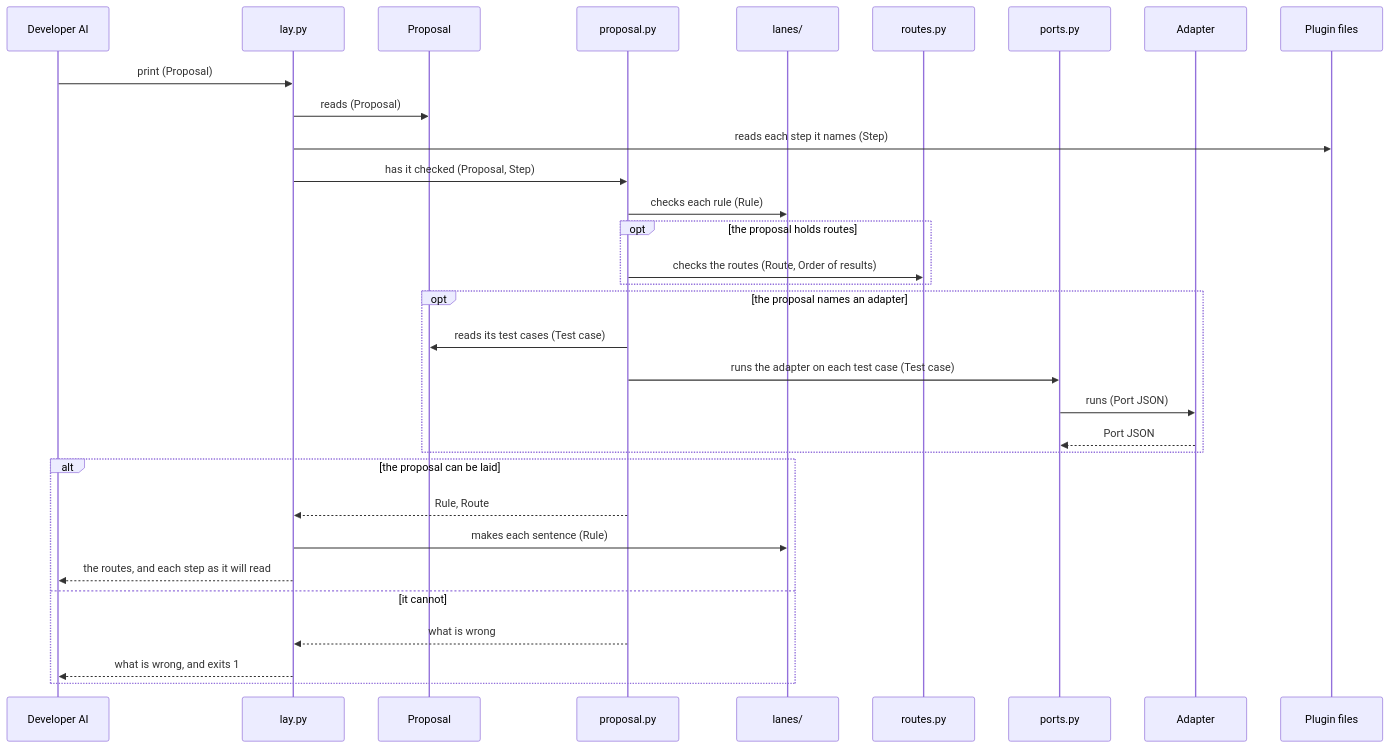
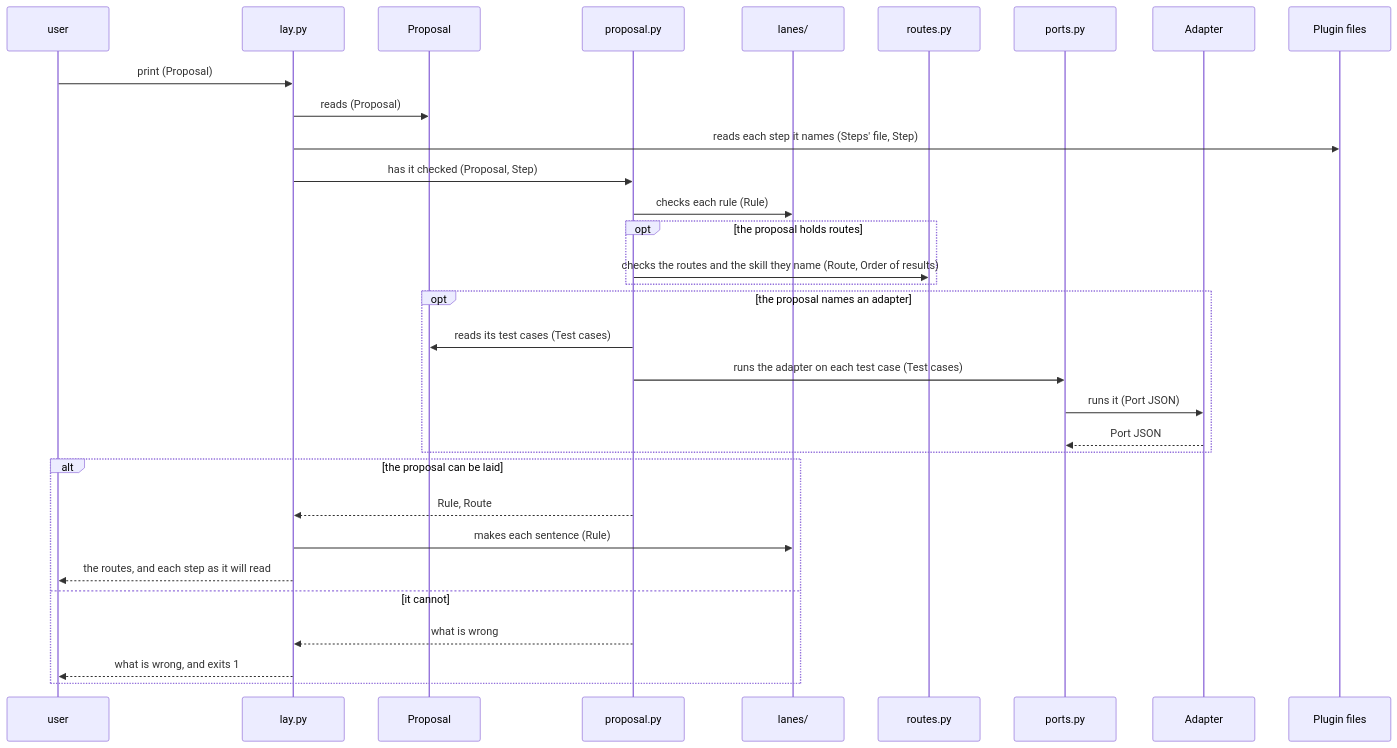
One commit to lovaizu/ccpm changed the first of 7 diagrams in dev/lane/architecture.md. Above: the diagram before and after it, drawn with Mermaid. The commit also changed other lines of this file and 5 other files, not shown here.

````diff
--- a/dev/lane/architecture.md
+++ b/dev/lane/architecture.md
@@ -254,34 +295,34 @@
 ```mermaid
 sequenceDiagram
-  participant DA as Developer AI
+  participant U as user
   participant L as lay.py
   participant PS as Proposal
   participant P as proposal.py
   participant LN as lanes/
   participant RT as routes.py
   participant PO as ports.py
   participant AD as Adapter
   participant PF as Plugin files
-  DA->>L: print (Proposal)
+  U->>L: print (Proposal)
   L->>PS: reads (Proposal)
-  L->>PF: reads each step it names (Step)
+  L->>PF: reads each step it names (Steps' file, Step)
   L->>P: has it checked (Proposal, Step)
   P->>LN: checks each rule (Rule)
   opt the proposal holds routes
-    P->>RT: checks the routes (Route, Order of results)
+    P->>RT: checks the routes and the skill they name (Route, Order of results)
   end
   opt the proposal names an adapter
-    P->>PS: reads its test cases (Test case)
-    P->>PO: runs the adapter on each test case (Test case)
-    PO->>AD: runs (Port JSON)
+    P->>PS: reads its test cases (Test cases)
+    P->>PO: runs the adapter on each test case (Test cases)
+    PO->>AD: runs it (Port JSON)
     AD-->>PO: Port JSON
   end
   alt the proposal can be laid
     P-->>L: Rule, Route
     L->>LN: makes each sentence (Rule)
-    L-->>DA: the routes, and each step as it will read
+    L-->>U: the routes, and each step as it will read
   else it cannot
     P-->>L: what is wrong
-    L-->>DA: what is wrong, and exits 1
+    L-->>U: what is wrong, and exits 1
   end
 ```
````
